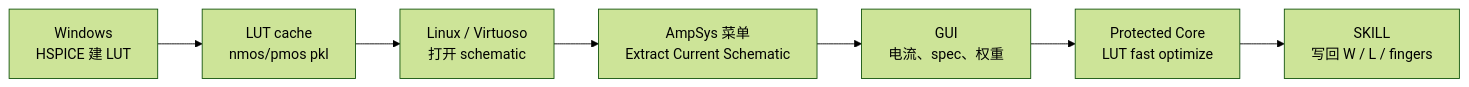
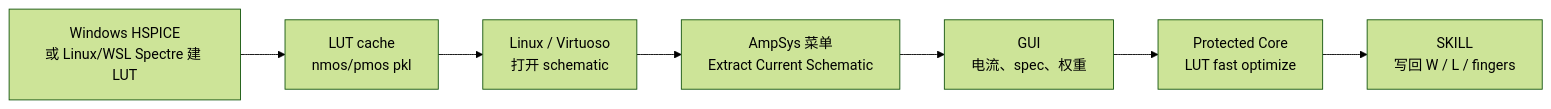
Before and after one commit to KonataLin/AmpSysCadencePlugin: the diagram in README.md, drawn with Mermaid (forest theme). The commit also changed other lines of this file and 3 other files, not shown here.

Commit message:
Add Spectre LUT builder controls

````diff
--- a/README.md
+++ b/README.md
@@ -40,9 +40,9 @@
 ```mermaid
 flowchart LR
-  A["Windows<br/>HSPICE 建 LUT"] --> B["LUT cache<br/>nmos/pmos pkl"]
+  A["Windows HSPICE<br/>或 Linux/WSL Spectre 建 LUT"] --> B["LUT cache<br/>nmos/pmos pkl"]
   B --> C["Linux / Virtuoso<br/>打开 schematic"]
   C --> D["AmpSys 菜单<br/>Extract Current Schematic"]
   D --> E["GUI<br/>电流、spec、权重"]
   E --> F["Protected Core<br/>LUT fast optimize"]
   F --> G["SKILL<br/>写回 W / L / fingers"]
 ```
````
